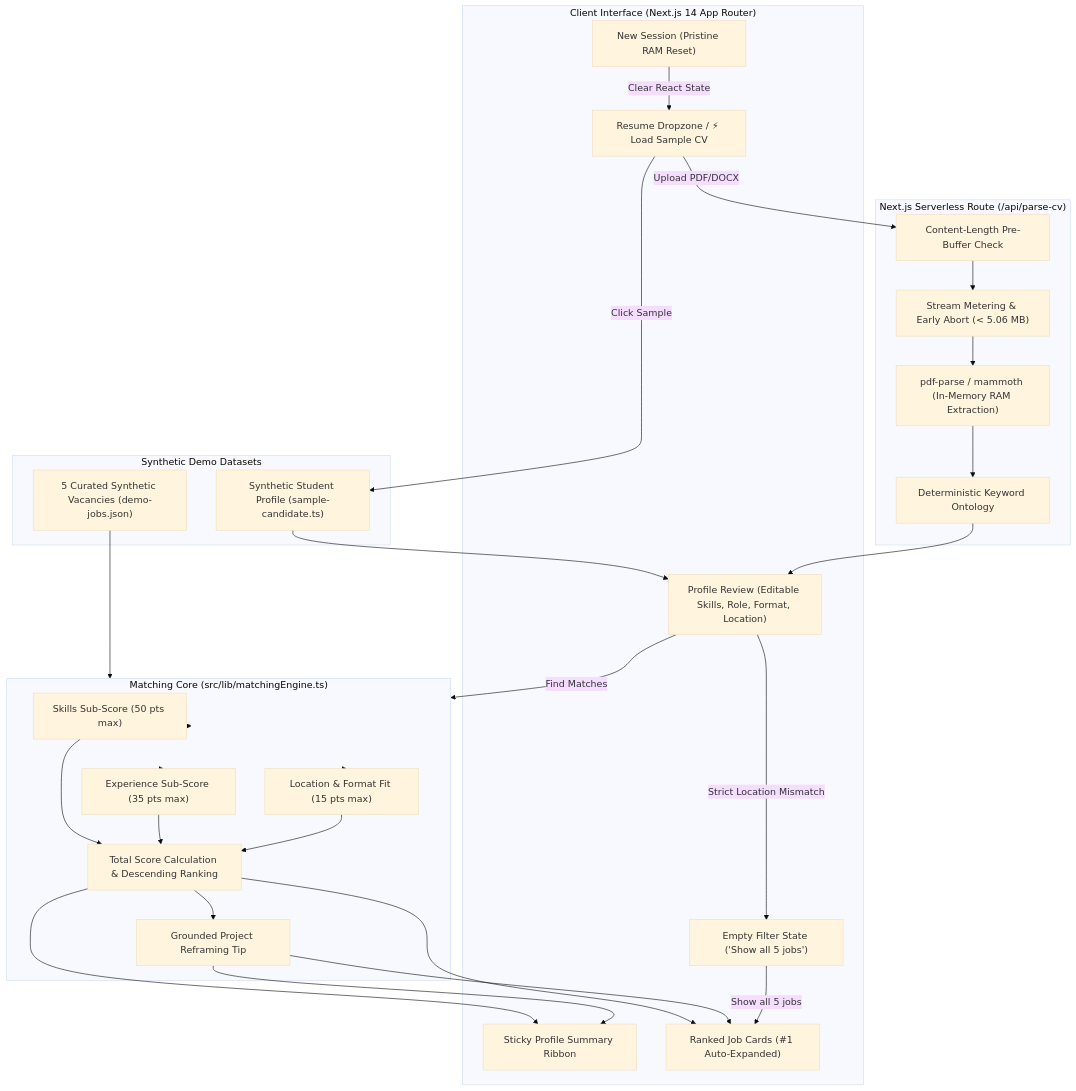
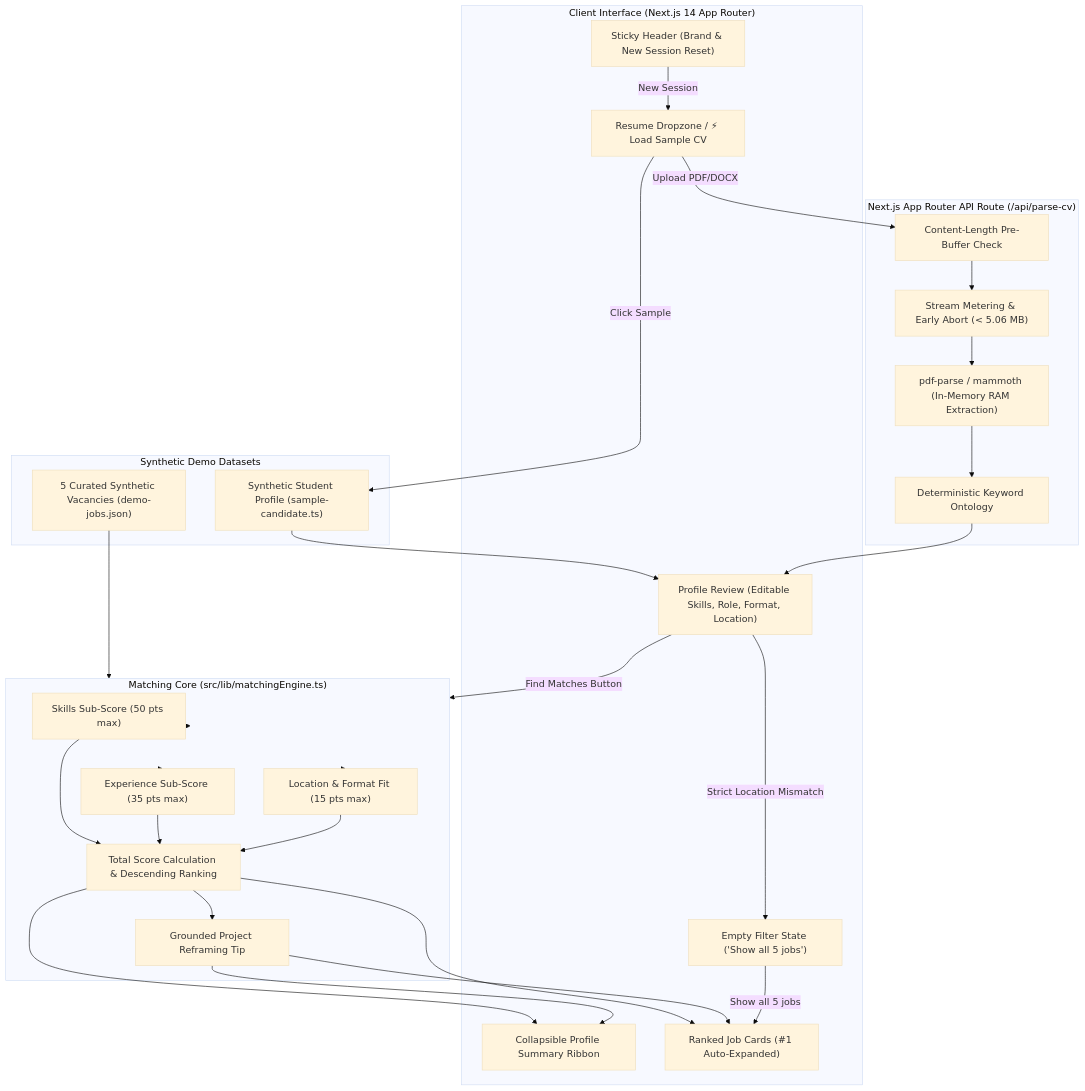
The diagram in README.md (Aldid/rolefit-ai), drawn with Mermaid (base theme) before and after one commit. The commit also changed other lines of this file and 1 other file, not shown here.

````diff
--- a/README.md
+++ b/README.md
@@ -70,43 +70,43 @@
 ```mermaid
 flowchart TD
     subgraph Browser ["Client Interface (Next.js 14 App Router)"]
+        UI_Header["Sticky Header (Brand & New Session Reset)"]
         UI_Upload["Resume Dropzone / ⚡ Load Sample CV"]
         UI_Review["Profile Review (Editable Skills, Role, Format, Location)"]
-        UI_Ribbon["Sticky Profile Summary Ribbon"]
+        UI_Ribbon["Collapsible Profile Summary Ribbon"]
         UI_Cards["Ranked Job Cards (#1 Auto-Expanded)"]
         UI_Empty["Empty Filter State ('Show all 5 jobs')"]
-        UI_Reset["New Session (Pristine RAM Reset)"]
     end
 
-    subgraph Serverless ["Next.js Serverless Route (/api/parse-cv)"]
+    subgraph NodeRuntime ["Next.js App Router API Route (/api/parse-cv)"]
         API_Guard["Content-Length Pre-Buffer Check"]
         API_Meter["Stream Metering & Early Abort (< 5.06 MB)"]
         API_Parser["pdf-parse / mammoth (In-Memory RAM Extraction)"]
         API_Extractor["Deterministic Keyword Ontology"]
     end
 
     subgraph Engine ["Matching Core (src/lib/matchingEngine.ts)"]
         M_Skills["Skills Sub-Score (50 pts max)"]
         M_Exp["Experience Sub-Score (35 pts max)"]
         M_Loc["Location & Format Fit (15 pts max)"]
         M_Total["Total Score Calculation & Descending Ranking"]
         M_Tip["Grounded Project Reframing Tip"]
     end
 
     subgraph Data ["Synthetic Demo Datasets"]
         D_Sample["Synthetic Student Profile (sample-candidate.ts)"]
         D_Jobs["5 Curated Synthetic Vacancies (demo-jobs.json)"]
     end
 
     UI_Upload -->|Click Sample| D_Sample
     D_Sample --> UI_Review
     UI_Upload -->|Upload PDF/DOCX| API_Guard
     API_Guard --> API_Meter --> API_Parser --> API_Extractor --> UI_Review
-    UI_Review -->|Find Matches| Engine
+    UI_Review -->|Find Matches Button| Engine
     D_Jobs --> Engine
     Engine --> M_Skills & M_Exp & M_Loc --> M_Total --> M_Tip
     M_Total & M_Tip --> UI_Ribbon & UI_Cards
     UI_Review -->|Strict Location Mismatch| UI_Empty
     UI_Empty -->|Show all 5 jobs| UI_Cards
-    UI_Reset -->|Clear React State| UI_Upload
+    UI_Header -->|New Session| UI_Upload
 ```
````
